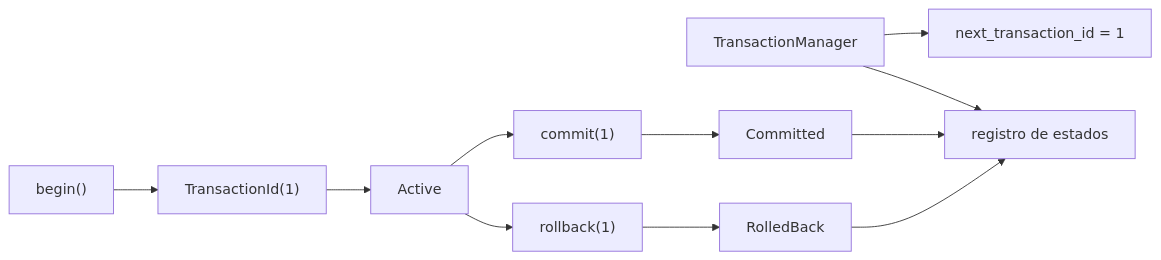
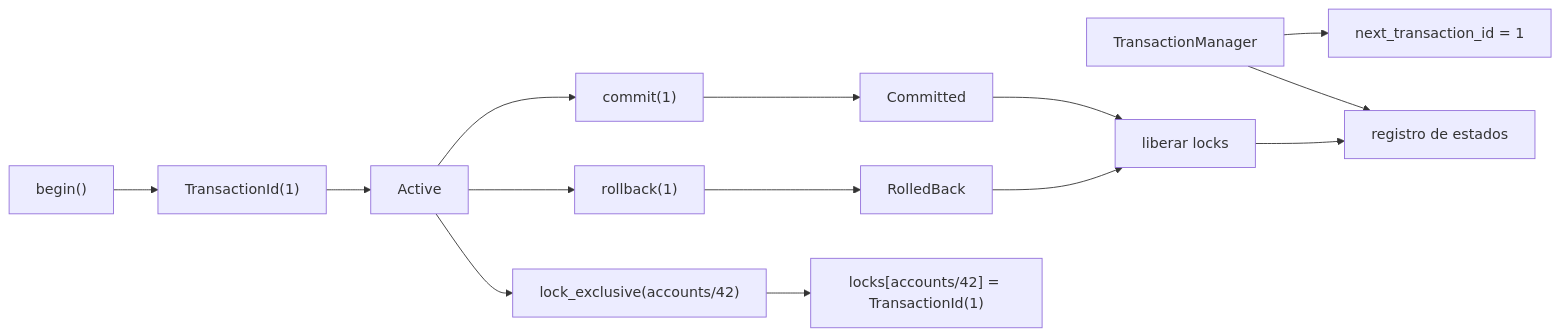
The diagram in docs/04-transacciones.md (jeresoftx/rust-database-internals), drawn with Mermaid before and after one commit. The commit also changed other lines of this file and 5 other files, not shown here.

````diff
--- a/docs/04-transacciones.md
+++ b/docs/04-transacciones.md
@@ -70,13 +96,16 @@
 ```mermaid
 flowchart LR
     manager["TransactionManager"] --> next["next_transaction_id = 1"]
     manager --> registry["registro de estados"]
     begin["begin()"] --> id1["TransactionId(1)"]
     id1 --> active["Active"]
     active --> commit["commit(1)"]
     active --> rollback["rollback(1)"]
+    active --> lock["lock_exclusive(accounts/42)"]
+    lock --> locks["locks[accounts/42] = TransactionId(1)"]
     commit --> committed["Committed"]
     rollback --> rolled_back["RolledBack"]
-    committed --> registry
-    rolled_back --> registry
+    committed --> release["liberar locks"]
+    rolled_back --> release
+    release --> registry
 ```
````
